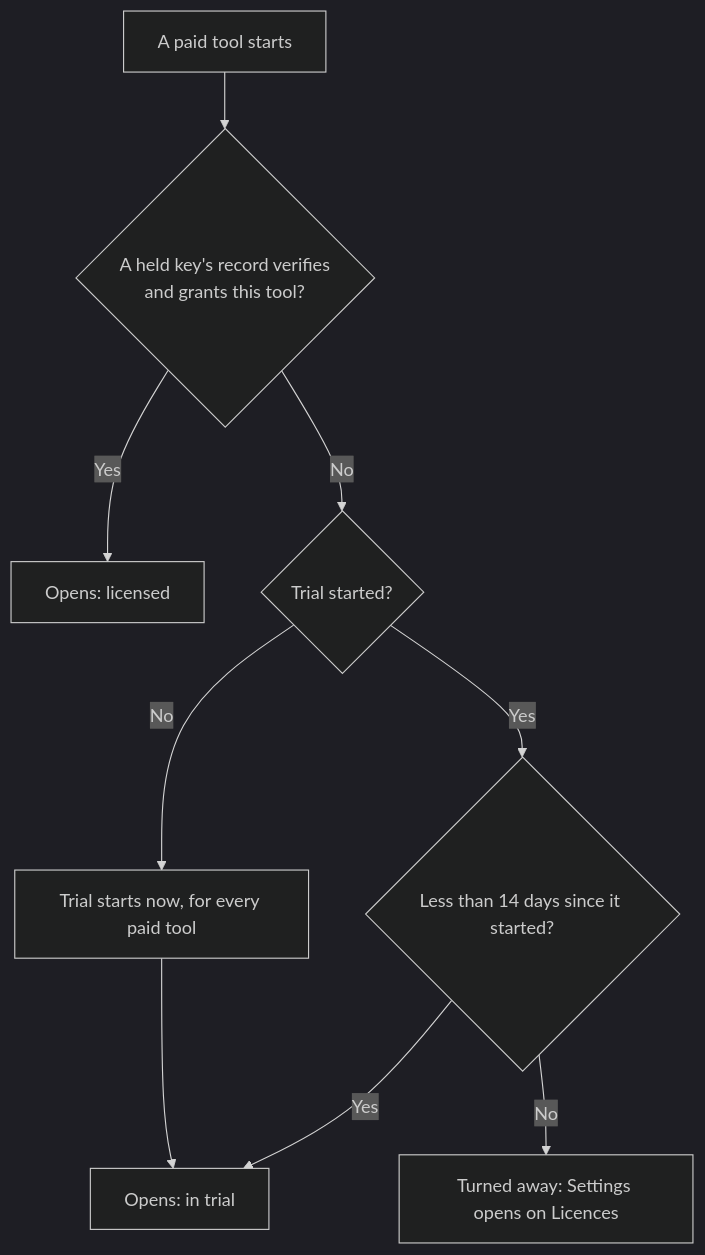
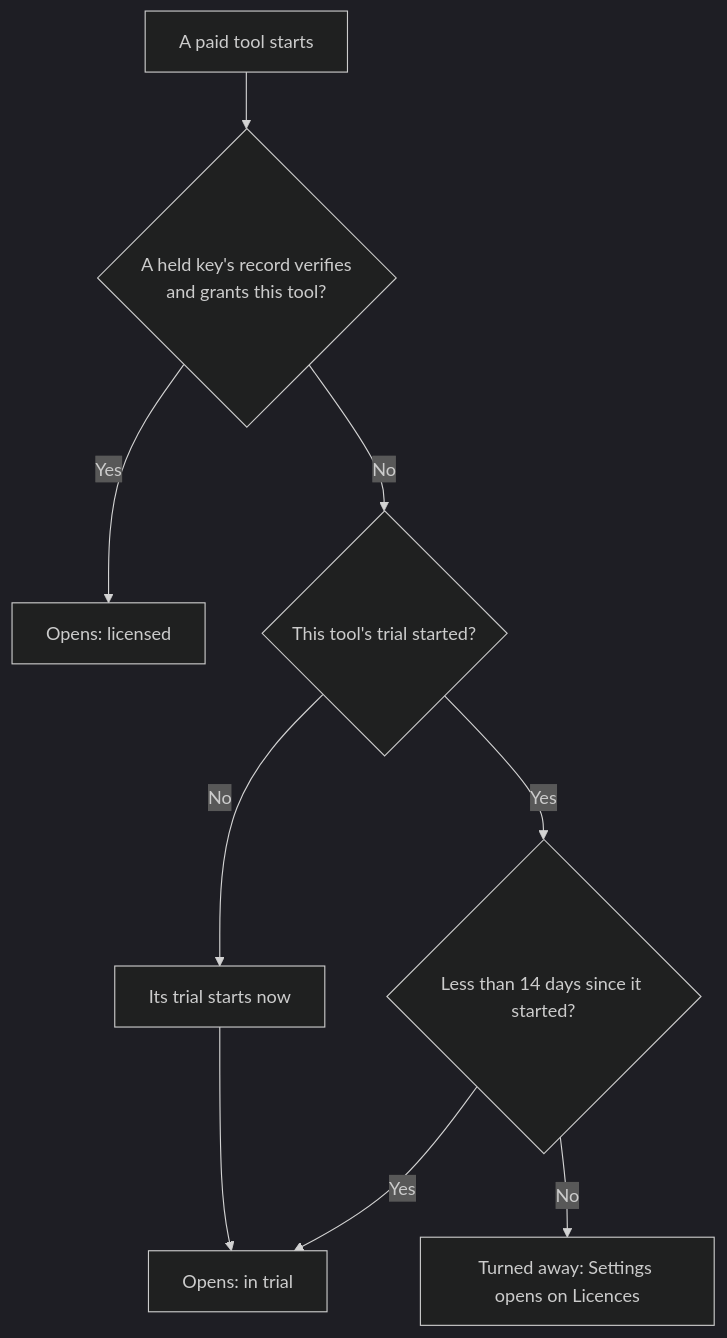
One commit to overpolish/screenwide changed the first of 2 diagrams in src-tauri/crates/licensing/README.md. Above: the diagram before and after it, drawn with Mermaid (dark theme). The commit also changed other lines of this file and 8 other files, not shown here.

Commit message:
feat(licensing): give each paid tool its own trial

````diff
--- a/src-tauri/crates/licensing/README.md
+++ b/src-tauri/crates/licensing/README.md
@@ -14,10 +14,10 @@
 ```mermaid
 flowchart TD
   start["A paid tool starts"] --> key{"A held key's record verifies<br/>and grants this tool?"}
   key -- "Yes" --> licensed["Opens: licensed"]
-  key -- "No" --> started{"Trial started?"}
-  started -- "No" --> begin["Trial starts now, for every paid tool"] --> trial["Opens: in trial"]
+  key -- "No" --> started{"This tool's trial started?"}
+  started -- "No" --> begin["Its trial starts now"] --> trial["Opens: in trial"]
   started -- "Yes" --> within{"Less than 14 days since it started?"}
   within -- "Yes" --> trial
   within -- "No" --> expired["Turned away: Settings opens on Licences"]
 ```
````
